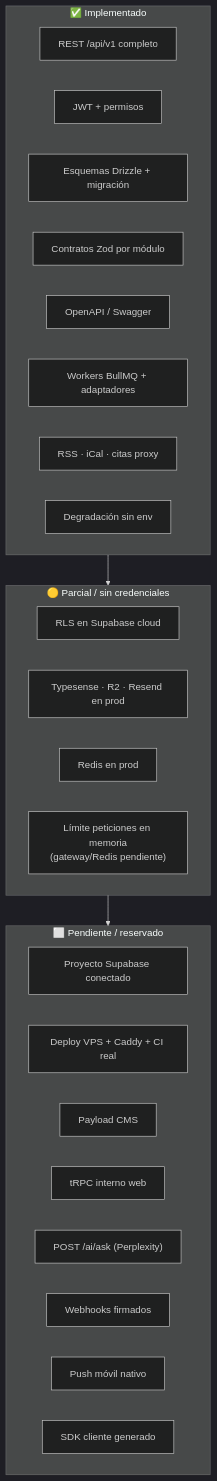
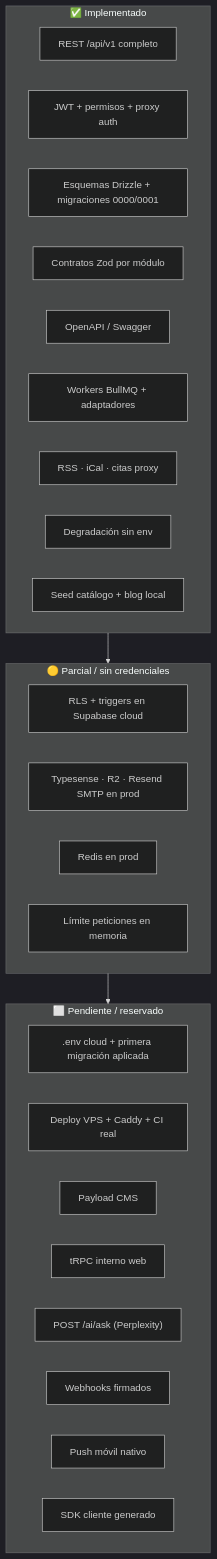
Before and after one commit to julianmeoficial/udccereteAPI: the tenth of 11 diagrams in docs/architecture/diagrams.md, drawn with Mermaid (dark theme). The commit also changed other lines of this file and 35 other files, not shown here.

````diff
--- a/docs/architecture/diagrams.md
+++ b/docs/architecture/diagrams.md
@@ -304,34 +297,35 @@
 ```mermaid
 flowchart TB
   subgraph hecho["✅ Implementado"]
     H1["REST /api/v1 completo"]
-    H2["JWT + permisos"]
-    H3["Esquemas Drizzle + migración"]
+    H2["JWT + permisos + proxy auth"]
+    H3["Esquemas Drizzle + migraciones 0000/0001"]
     H4["Contratos Zod por módulo"]
     H5["OpenAPI / Swagger"]
     H6["Workers BullMQ + adaptadores"]
     H7["RSS · iCal · citas proxy"]
     H8["Degradación sin env"]
+    H9["Seed catálogo + blog local"]
   end
 
   subgraph parcial["🟡 Parcial / sin credenciales"]
-    P8["RLS en Supabase cloud"]
-    P9["Typesense · R2 · Resend en prod"]
+    P8["RLS + triggers en Supabase cloud"]
+    P9["Typesense · R2 · Resend SMTP en prod"]
     P10["Redis en prod"]
-    P11["Límite peticiones en memoria<br/>(gateway/Redis pendiente)"]
+    P11["Límite peticiones en memoria"]
   end
 
   subgraph pendiente["⬜ Pendiente / reservado"]
-    F1["Proyecto Supabase conectado"]
+    F1[".env cloud + primera migración aplicada"]
     F2["Deploy VPS + Caddy + CI real"]
     F3["Payload CMS"]
     F4["tRPC interno web"]
     F5["POST /ai/ask (Perplexity)"]
     F6["Webhooks firmados"]
     F7["Push móvil nativo"]
     F8["SDK cliente generado"]
   end
 
   hecho --> parcial
   parcial --> pendiente
 ```
````
